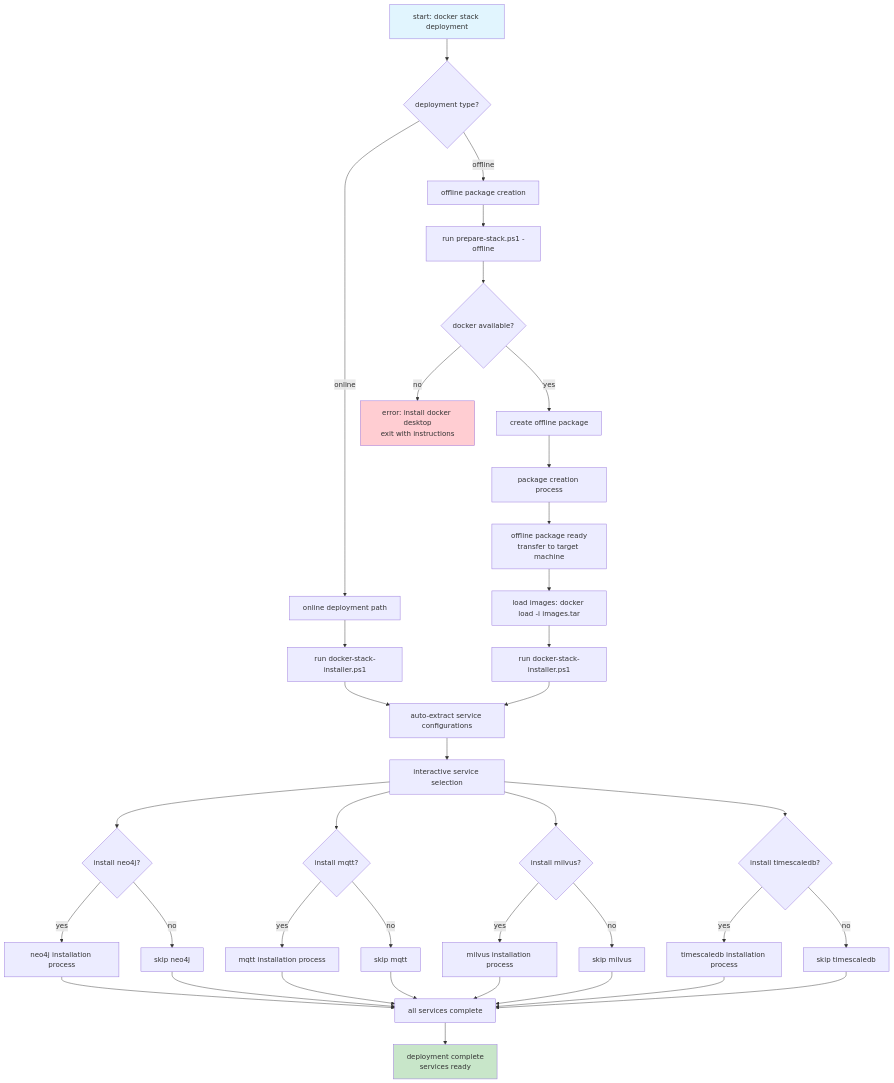
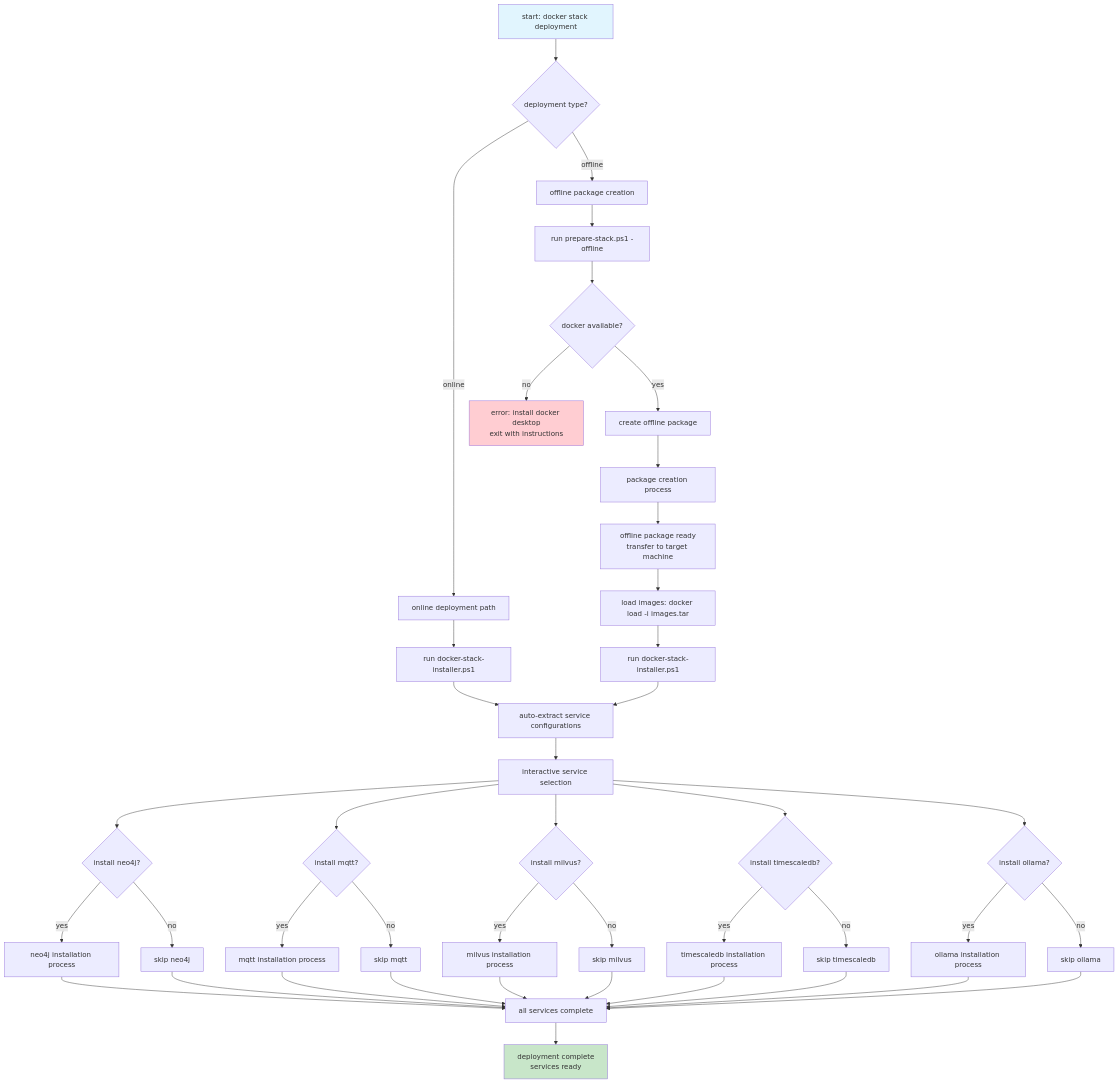
The first of 7 diagrams in docs/installation/docker/complete-deployment-flowchart.md (XMPro/Multi-Agent), drawn with Mermaid before and after one commit. The commit also changed other lines of this file and 23 other files, not shown here.

First line of the commit message:
docs: add TimescaleDB and Ollama services to Docker stack

````diff
--- a/docs/installation/docker/complete-deployment-flowchart.md
+++ b/docs/installation/docker/complete-deployment-flowchart.md
@@ -7,55 +7,60 @@
 ```mermaid
 flowchart TD
     A[start: docker stack deployment] --> B{deployment type?}
     
     B -->|online| C[online deployment path]
     B -->|offline| D[offline package creation]
     
     %% online deployment path
     C --> E[run docker-stack-installer.ps1]
     E --> F[auto-extract service configurations]
     F --> G[interactive service selection]
     
     %% offline package creation path
     D --> H[run prepare-stack.ps1 -offline]
     H --> I{docker available?}
     I -->|no| J[error: install docker desktop<br/>exit with instructions]
     I -->|yes| K[create offline package]
     
     K --> L[package creation process]
     L --> M[offline package ready<br/>transfer to target machine]
     M --> N[load images: docker load -i images.tar]
     N --> O[run docker-stack-installer.ps1]
     O --> F
     
     %% service selection and installation
     G --> P{install neo4j?}
     G --> Q{install mqtt?}
     G --> R{install milvus?}
     G --> S{install timescaledb?}
+    G --> T{install ollama?}
     
-    P -->|yes| T[neo4j installation process]
-    Q -->|yes| U[mqtt installation process]
-    R -->|yes| V[milvus installation process]
-    S -->|yes| W[timescaledb installation process]
+    P -->|yes| U[neo4j installation process]
+    Q -->|yes| V[mqtt installation process]
+    R -->|yes| W[milvus installation process]
+    S -->|yes| X[timescaledb installation process]
+    T -->|yes| Y[ollama installation process]
     
-    P -->|no| X[skip neo4j]
-    Q -->|no| Y[skip mqtt]
-    R -->|no| Z[skip milvus]
-    S -->|no| AA[skip timescaledb]
+    P -->|no| Z[skip neo4j]
+    Q -->|no| AA[skip mqtt]
+    R -->|no| AB[skip milvus]
+    S -->|no| AC[skip timescaledb]
+    T -->|no| AD[skip ollama]
     
-    T --> AB[all services complete]
-    U --> AB
-    V --> AB
-    W --> AB
-    X --> AB
-    Y --> AB
-    Z --> AB
-    AA --> AB
+    U --> AE[all services complete]
+    V --> AE
+    W --> AE
+    X --> AE
+    Y --> AE
+    Z --> AE
+    AA --> AE
+    AB --> AE
+    AC --> AE
+    AD --> AE
     
-    AB --> AC[deployment complete<br/>services ready]
+    AE --> AF[deployment complete<br/>services ready]
     
     style A fill:#e1f5fe
-    style AC fill:#c8e6c9
+    style AF fill:#c8e6c9
     style J fill:#ffcdd2
 ```
````
